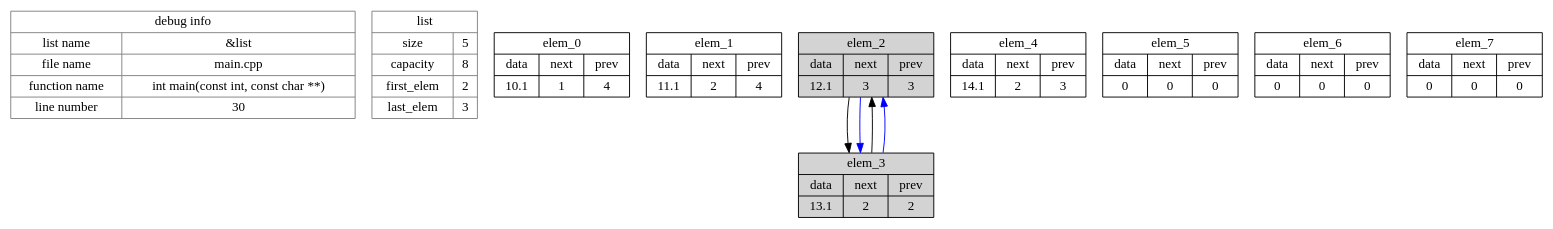
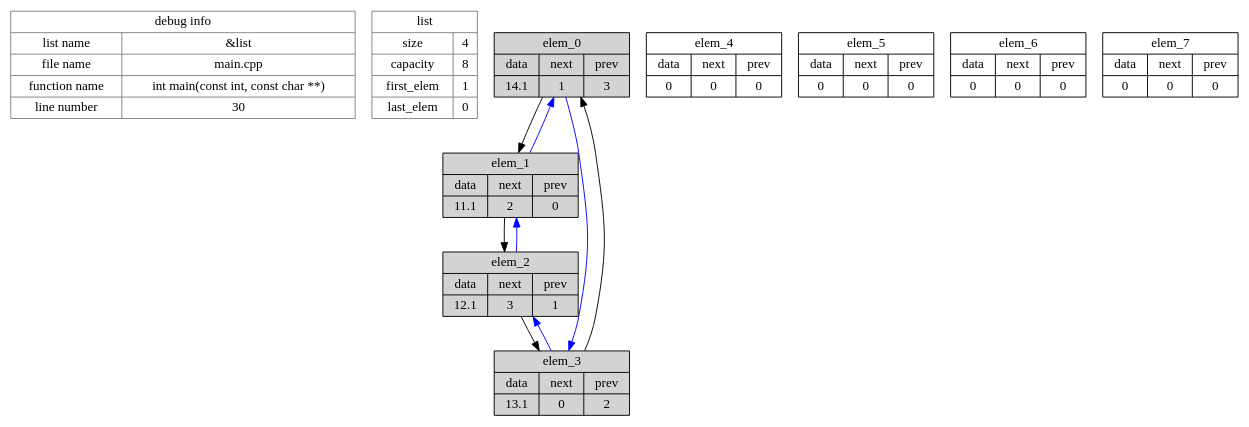
Before and after one commit to mikhio/IogList: the diagram in graph_dump.gv, drawn with Graphviz. The commit also changed 3 other files, not shown here.

```diff
--- a/graph_dump.gv
+++ b/graph_dump.gv
@@ -1,81 +1,89 @@
 digraph G {
 debug_info [
 shape=record,
 label="{debug info | { {list name | file name | function name | line number} | {&list | main.cpp | int main(const int, const char **) | 30} }}",
 fillcolor=white,
 color=grey,
 style="filled",
 ];
 list [
 shape=record,
-label="{list | { {size | capacity | first_elem | last_elem} | {5 | 8 | 2 | 3} }}",
+label="{list | { {size | capacity | first_elem | last_elem} | {4 | 8 | 1 | 0} }}",
 fillcolor=white,
 color=grey,
 style="filled",
 ];
 elem_0 [
   shape=record,
-  label="{elem_0 | {{data | 10.1} | {next | 1} | {prev | 4}}}",
+  label="{elem_0 | {{data | 14.1} | {next | 1} | {prev | 3}}}",
   fillcolor=white,
   color=black,
   style="filled"
 ];
 elem_1 [
   shape=record,
-  label="{elem_1 | {{data | 11.1} | {next | 2} | {prev | 4}}}",
+  label="{elem_1 | {{data | 11.1} | {next | 2} | {prev | 0}}}",
   fillcolor=white,
   color=black,
   style="filled"
 ];
 elem_2 [
   shape=record,
-  label="{elem_2 | {{data | 12.1} | {next | 3} | {prev | 3}}}",
+  label="{elem_2 | {{data | 12.1} | {next | 3} | {prev | 1}}}",
   fillcolor=white,
   color=black,
   style="filled"
 ];
 elem_3 [
   shape=record,
-  label="{elem_3 | {{data | 13.1} | {next | 2} | {prev | 2}}}",
+  label="{elem_3 | {{data | 13.1} | {next | 0} | {prev | 2}}}",
   fillcolor=white,
   color=black,
   style="filled"
 ];
 elem_4 [
   shape=record,
-  label="{elem_4 | {{data | 14.1} | {next | 2} | {prev | 3}}}",
+  label="{elem_4 | {{data | 0} | {next | 0} | {prev | 0}}}",
   fillcolor=white,
   color=black,
   style="filled"
 ];
 elem_5 [
   shape=record,
   label="{elem_5 | {{data | 0} | {next | 0} | {prev | 0}}}",
   fillcolor=white,
   color=black,
   style="filled"
 ];
 elem_6 [
   shape=record,
   label="{elem_6 | {{data | 0} | {next | 0} | {prev | 0}}}",
   fillcolor=white,
   color=black,
   style="filled"
 ];
 elem_7 [
   shape=record,
   label="{elem_7 | {{data | 0} | {next | 0} | {prev | 0}}}",
   fillcolor=white,
   color=black,
   style="filled"
 ];
 
+elem_1 -> elem_2 [color=black, line=stigh];
+elem_1 -> elem_0 [color=blue];
+elem_1 [fillcolor=lightgrey];
+
 elem_2 -> elem_3 [color=black, line=stigh];
-elem_2 -> elem_3 [color=blue];
+elem_2 -> elem_1 [color=blue];
 elem_2 [fillcolor=lightgrey];
 
-elem_3 -> elem_2 [color=black, line=stigh];
+elem_3 -> elem_0 [color=black, line=stigh];
 elem_3 -> elem_2 [color=blue];
 elem_3 [fillcolor=lightgrey];
 
+elem_0 -> elem_1 [color=black, line=stigh];
+elem_0 -> elem_3 [color=blue];
+elem_0 [fillcolor=lightgrey];
+
 }
```
